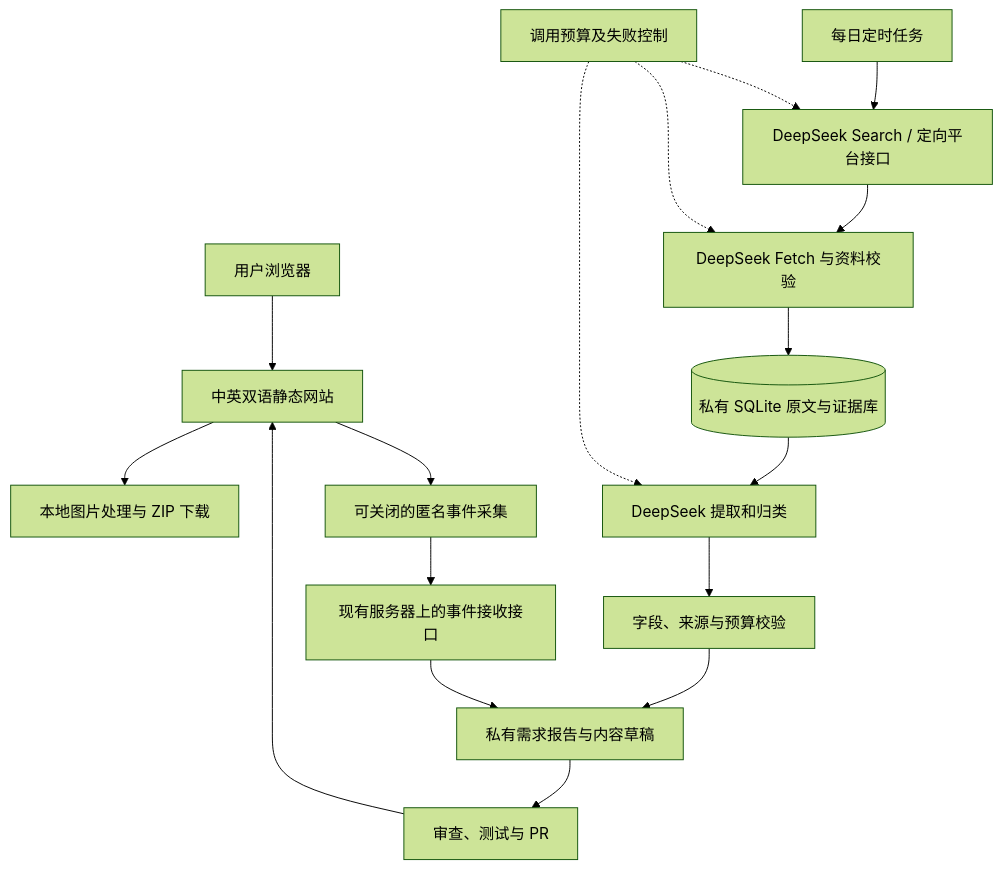
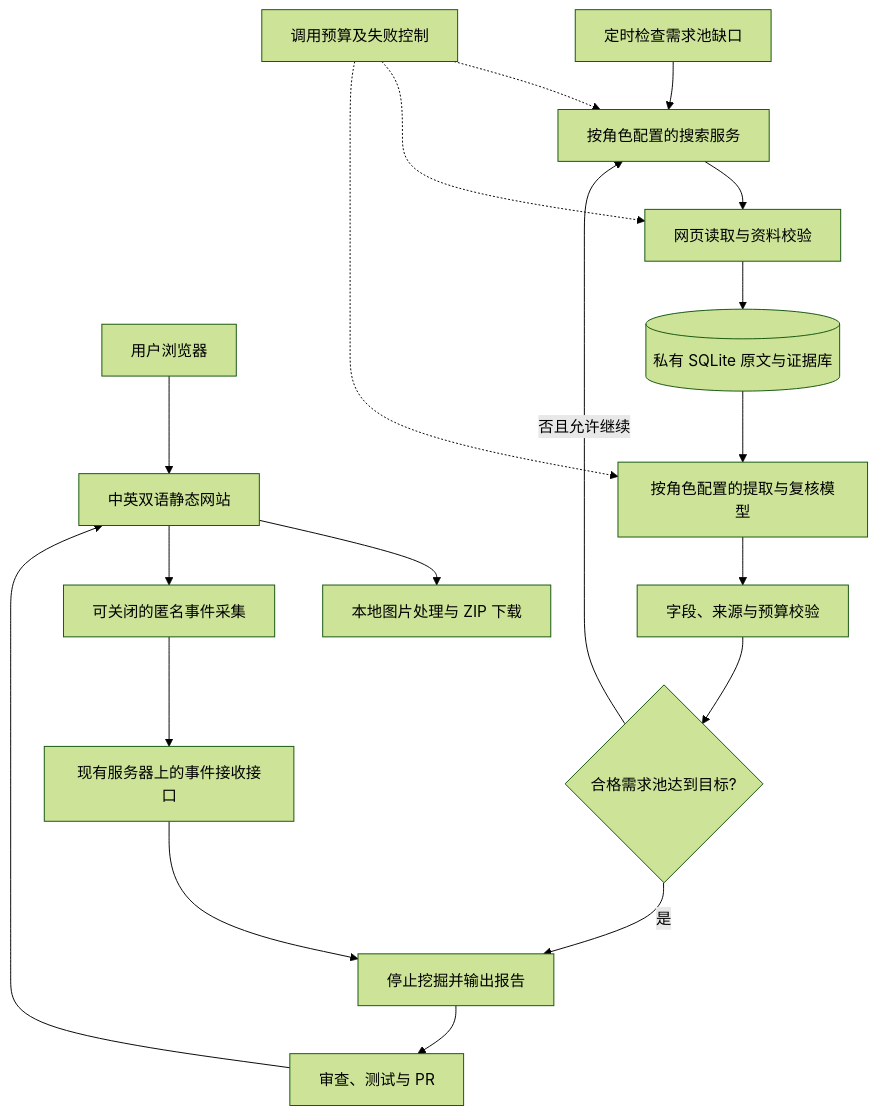
The diagram in docs/superpowers/specs/2026-11-08-creative-platform-design.md (yyl1212/creative), drawn with Mermaid (forest theme) before and after one commit. The commit also changed other lines of this file, not shown here.

````diff
--- a/docs/superpowers/specs/2026-11-08-creative-platform-design.md
+++ b/docs/superpowers/specs/2026-11-08-creative-platform-design.md
@@ -50,19 +67,21 @@
 ```mermaid
 flowchart TB
     U[用户浏览器] --> W[中英双语静态网站]
     W --> L[本地图片处理与 ZIP 下载]
     W --> M[可关闭的匿名事件采集]
     M --> ME[现有服务器上的事件接收接口]
-    T[每日定时任务] --> S[DeepSeek Search / 定向平台接口]
-    S --> F[DeepSeek Fetch 与资料校验]
+    T[定时检查需求池缺口] --> S[按角色配置的搜索服务]
+    S --> F[网页读取与资料校验]
     F --> DB[(私有 SQLite 原文与证据库)]
-    DB --> AI[DeepSeek 提取和归类]
+    DB --> AI[按角色配置的提取与复核模型]
     AI --> V[字段、来源与预算校验]
-    V --> R[私有需求报告与内容草稿]
+    V --> Q{合格需求池达到目标?}
+    Q -- 否且允许继续 --> S
+    Q -- 是 --> R[停止挖掘并输出报告]
     R --> G[审查、测试与 PR]
     G --> W
     ME --> R
     B[调用预算及失败控制] -.-> S
     B -.-> F
     B -.-> AI
 ```
````
